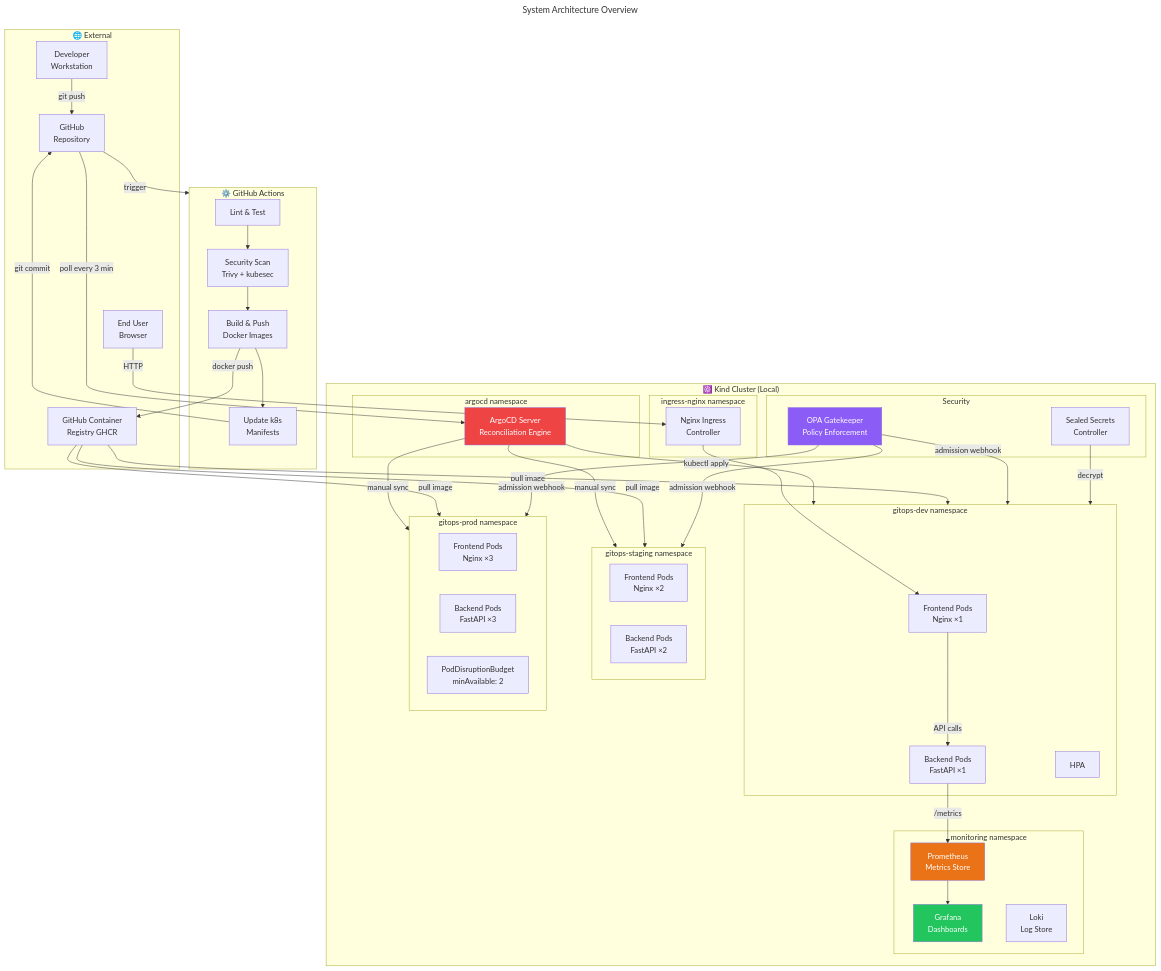
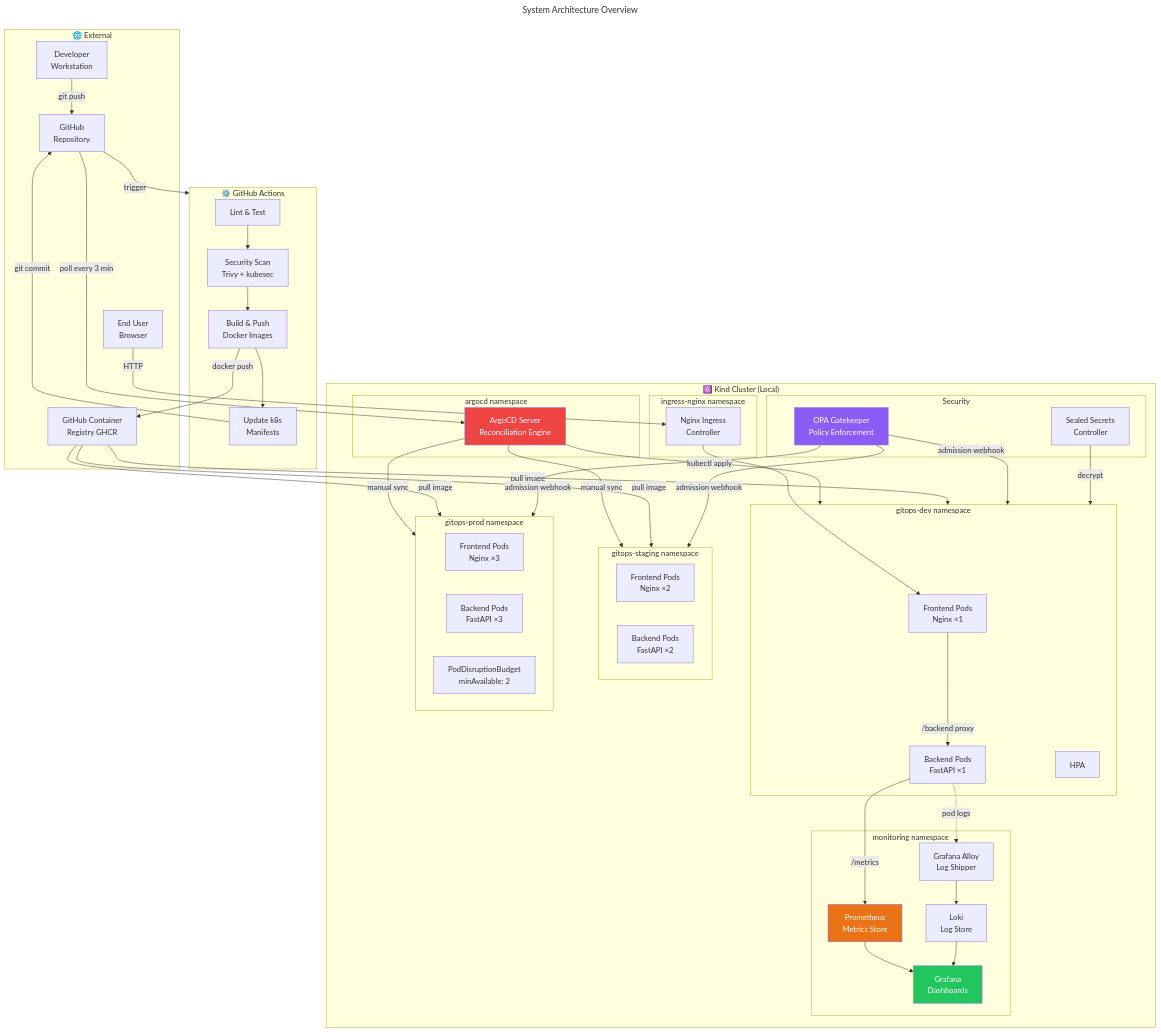
One commit to Parzivalart3mis/gitops-cicd-pipeline changed the diagram in docs/diagrams/architecture-overview.mermaid. Above: the diagram before and after it, drawn with Mermaid. The commit also changed 89 other files, not shown here.

```diff
--- a/docs/diagrams/architecture-overview.mermaid
+++ b/docs/diagrams/architecture-overview.mermaid
@@ -1,82 +1,86 @@
 ---
 title: System Architecture Overview
 ---
 graph TB
     subgraph External ["🌐 External"]
         Dev[Developer\nWorkstation]
         Browser[End User\nBrowser]
         GH[GitHub\nRepository]
         GHCR[GitHub Container\nRegistry GHCR]
     end
 
     subgraph CI ["⚙️ GitHub Actions"]
         CI_Lint[Lint & Test]
         CI_Scan[Security Scan\nTrivy + kubesec]
         CI_Build[Build & Push\nDocker Images]
         CI_Manifest[Update k8s\nManifests]
     end
 
     subgraph Kind ["☸️ Kind Cluster (Local)"]
         subgraph ArgoNS ["argocd namespace"]
             ArgoCD[ArgoCD Server\nReconciliation Engine]
         end
 
         subgraph MonNS ["monitoring namespace"]
             Prometheus[Prometheus\nMetrics Store]
             Grafana[Grafana\nDashboards]
             Loki[Loki\nLog Store]
+            Alloy[Grafana Alloy\nLog Shipper]
         end
 
         subgraph IngressNS ["ingress-nginx namespace"]
             Ingress[Nginx Ingress\nController]
         end
 
         subgraph DevNS ["gitops-dev namespace"]
             FrontendDev[Frontend Pods\nNginx ×1]
             BackendDev[Backend Pods\nFastAPI ×1]
             HPADev[HPA]
         end
 
         subgraph StagingNS ["gitops-staging namespace"]
             FrontendStg[Frontend Pods\nNginx ×2]
             BackendStg[Backend Pods\nFastAPI ×2]
         end
 
         subgraph ProdNS ["gitops-prod namespace"]
             FrontendProd[Frontend Pods\nNginx ×3]
             BackendProd[Backend Pods\nFastAPI ×3]
             PDB[PodDisruptionBudget\nminAvailable: 2]
         end
 
         subgraph Security ["Security"]
             OPA[OPA Gatekeeper\nPolicy Enforcement]
             SS[Sealed Secrets\nController]
         end
     end
 
     Dev -->|git push| GH
     GH -->|trigger| CI
     CI_Lint --> CI_Scan --> CI_Build --> CI_Manifest
     CI_Build -->|docker push| GHCR
     CI_Manifest -->|git commit| GH
     GH -->|poll every 3 min| ArgoCD
     ArgoCD -->|kubectl apply| DevNS
     ArgoCD -->|manual sync| StagingNS
     ArgoCD -->|manual sync| ProdNS
     GHCR -->|pull image| DevNS
     GHCR -->|pull image| StagingNS
     GHCR -->|pull image| ProdNS
     Browser -->|HTTP| Ingress
     Ingress --> FrontendDev
-    FrontendDev -->|API calls| BackendDev
+    FrontendDev -->|/backend proxy| BackendDev
     BackendDev -->|/metrics| Prometheus
     Prometheus --> Grafana
+    BackendDev -.->|pod logs| Alloy
+    Alloy --> Loki
+    Loki --> Grafana
     OPA -->|admission webhook| DevNS
     OPA -->|admission webhook| StagingNS
     OPA -->|admission webhook| ProdNS
     SS -->|decrypt| DevNS
 
     style ArgoCD fill:#ef4444,color:#fff
     style Prometheus fill:#e97316,color:#fff
     style Grafana fill:#22c55e,color:#fff
     style OPA fill:#8b5cf6,color:#fff
```
